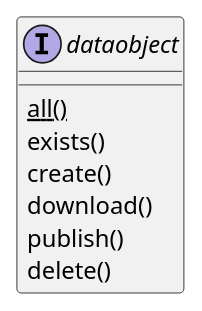
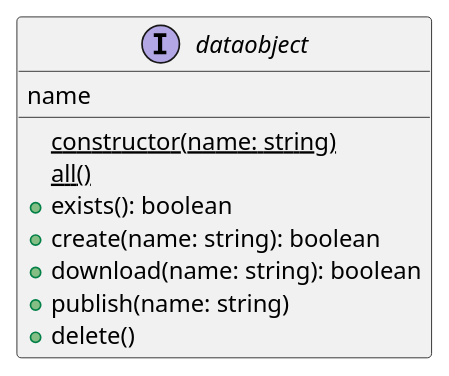
Before and after one commit to CPNV-ES-BI/BI_NODE_AZURE: the diagram in doc/interface.pu, drawn with PlantUML.

Commit message:
update diagram

```diff
--- a/doc/interface.pu
+++ b/doc/interface.pu
@@ -1,10 +1,12 @@
 @startuml
 Interface dataobject{
+  name
+  {static} constructor(name: string)
   {static} all()
-  exists()
-  create()
-  download()
-  publish()
-  delete()
+  + exists(): boolean
+  + create(name: string): boolean
+  + download(name: string): boolean
+  + publish(name: string)
+  + delete()
 }
 @enduml
```
